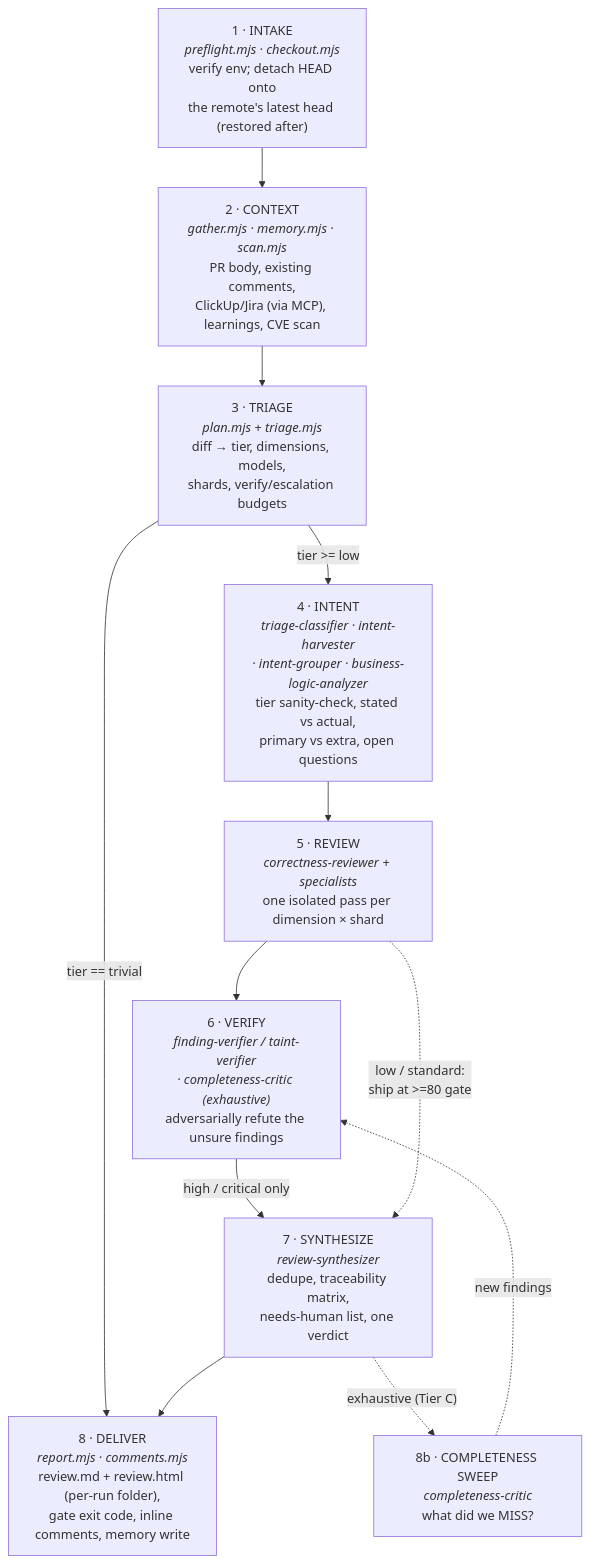
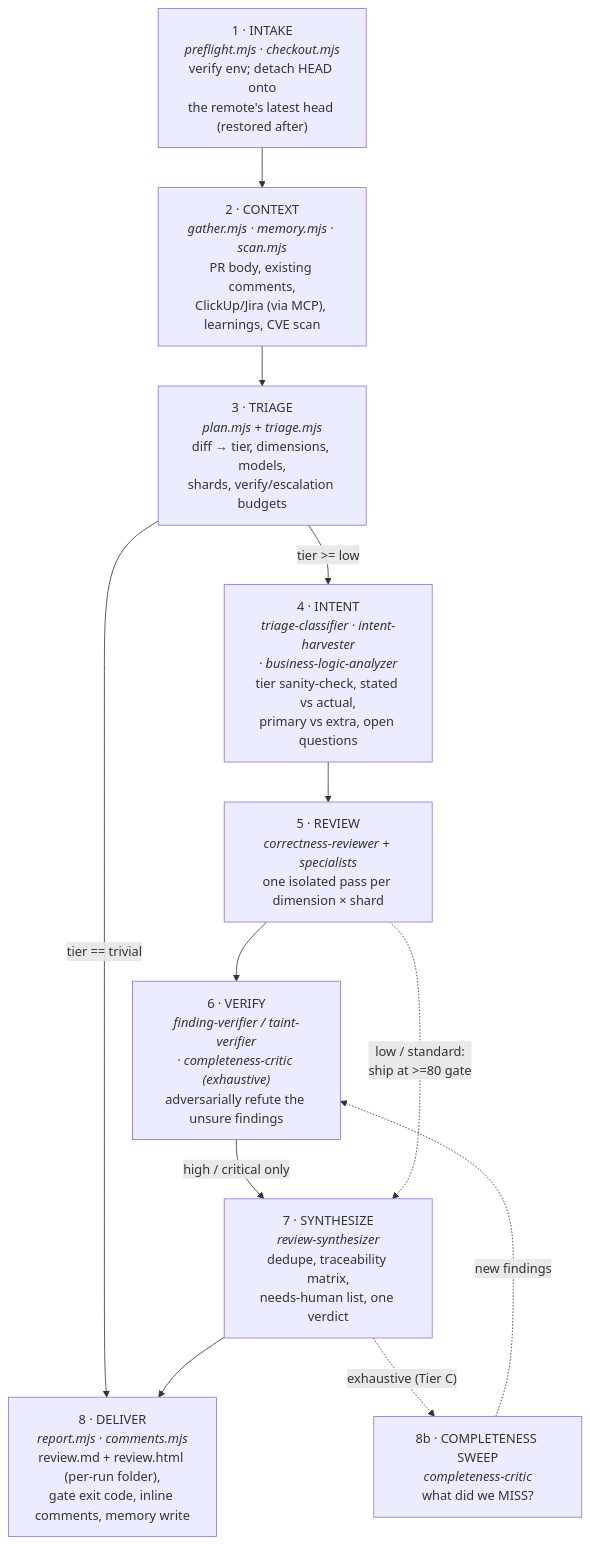
One commit to Tahmid12Khan/agentic-workflows changed the second of 8 diagrams in docs/ARCHITECTURE.md. Above: the diagram before and after it, drawn with Mermaid. The commit also changed other lines of this file and 14 other files, not shown here.

````diff
--- a/docs/ARCHITECTURE.md
+++ b/docs/ARCHITECTURE.md
@@ -61,20 +61,20 @@
 ```mermaid
 flowchart TD
   A["1 · INTAKE<br/><i>preflight.mjs · checkout.mjs</i><br/>verify env; detach HEAD onto<br/>the remote's latest head (restored after)"]
   B["2 · CONTEXT<br/><i>gather.mjs · memory.mjs · scan.mjs</i><br/>PR body, existing comments,<br/>ClickUp/Jira (via MCP), learnings, CVE scan"]
   C["3 · TRIAGE<br/><i>plan.mjs + triage.mjs</i><br/>diff → tier, dimensions, models,<br/>shards, verify/escalation budgets"]
-  D["4 · INTENT<br/><i>triage-classifier · intent-harvester<br/>· intent-grouper · business-logic-analyzer</i><br/>tier sanity-check, stated vs actual,<br/>primary vs extra, open questions"]
+  D["4 · INTENT<br/><i>triage-classifier · intent-harvester<br/>· business-logic-analyzer</i><br/>tier sanity-check, stated vs actual,<br/>primary vs extra, open questions"]
   E["5 · REVIEW<br/><i>correctness-reviewer + specialists</i><br/>one isolated pass per dimension × shard"]
   F["6 · VERIFY<br/><i>finding-verifier / taint-verifier<br/>· completeness-critic (exhaustive)</i><br/>adversarially refute the unsure findings"]
   G["7 · SYNTHESIZE<br/><i>review-synthesizer</i><br/>dedupe, traceability matrix,<br/>needs-human list, one verdict"]
   H["8 · DELIVER<br/><i>report.mjs · comments.mjs</i><br/>review.md + review.html (per-run folder),<br/>gate exit code, inline comments, memory write"]
 
   A --> B --> C
   C -->|"tier == trivial"| H
   C -->|"tier >= low"| D --> E --> F
   F -->|"high / critical only"| G
   E -.->|"low / standard:<br/>ship at >=80 gate"| G
   G --> H
   G -.->|"exhaustive (Tier C)"| X["8b · COMPLETENESS SWEEP<br/><i>completeness-critic</i><br/>what did we MISS?"]
   X -.->|new findings| F
 ```
````
